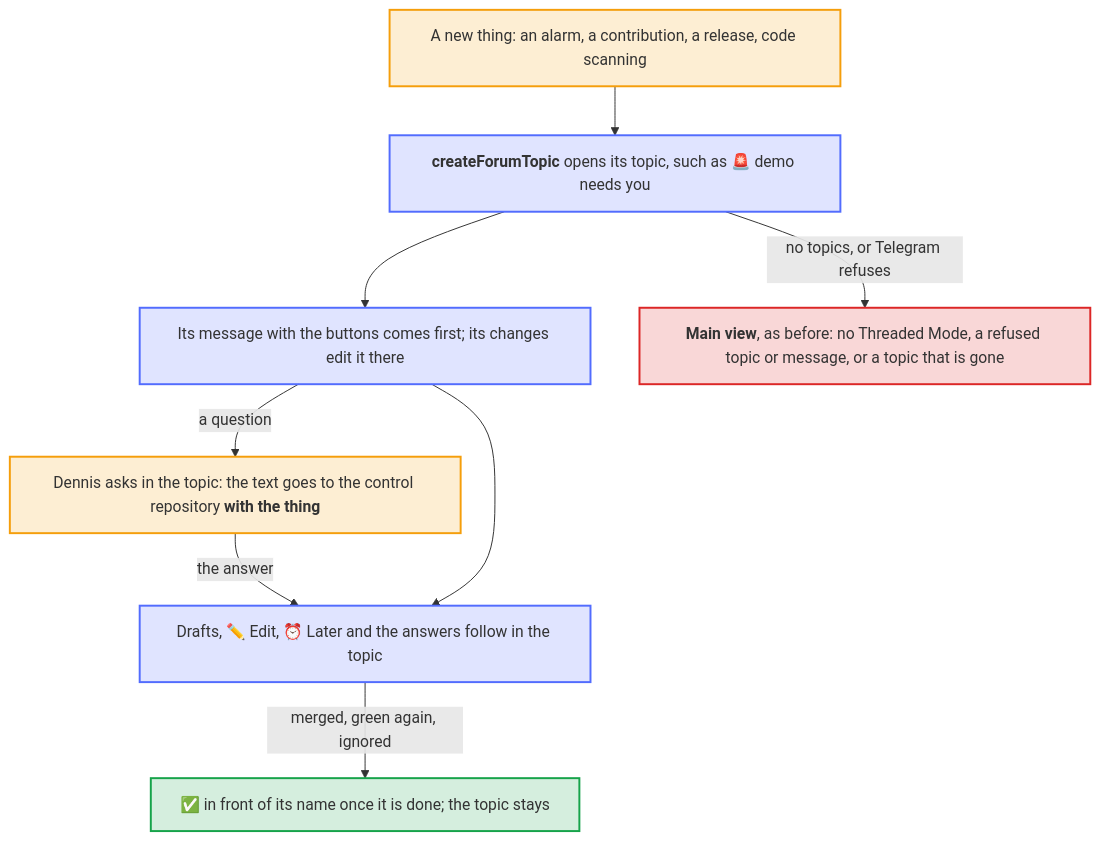
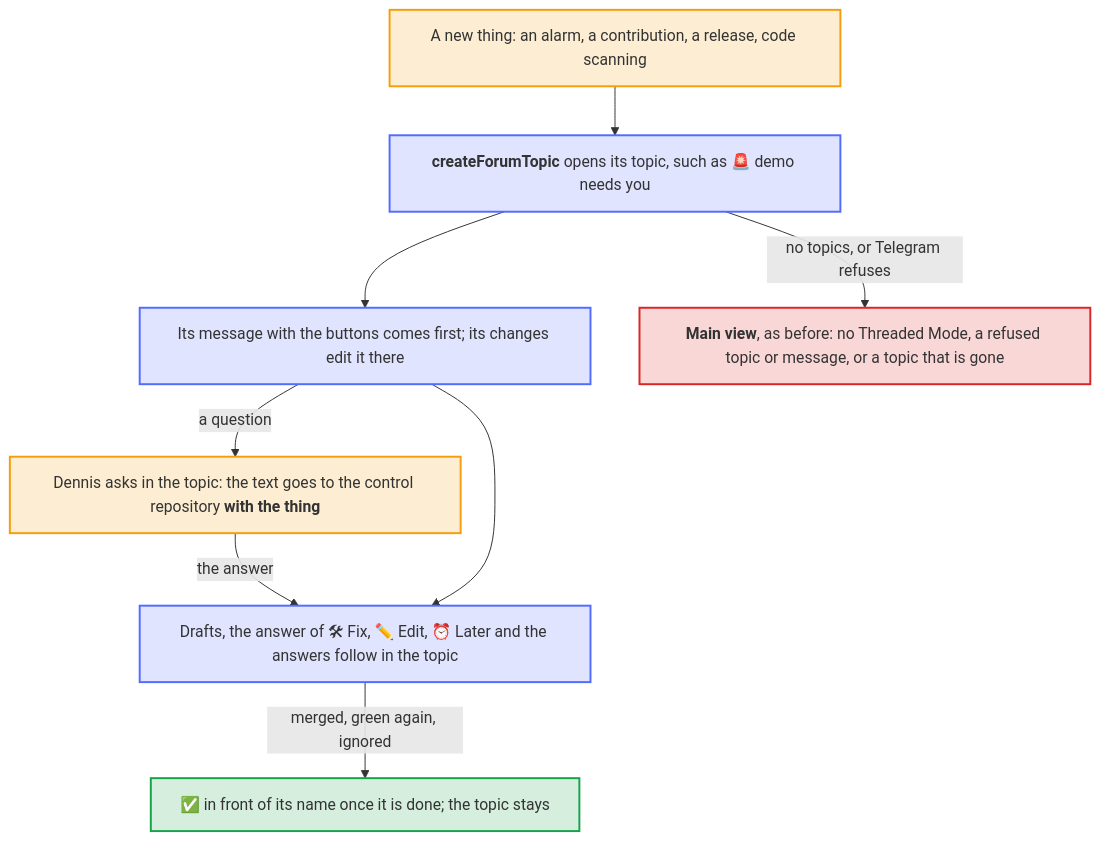
One commit to Dennis-Otto/dennis-otto-pager changed the diagram in docs/diagrams/a-topic-per-thing.mmd. Above: the diagram before and after it, drawn with Mermaid. The commit also changed 17 other files, not shown here.

First line of the commit message:
fix: a fix job reads the log of what failed and answers in the thing's topic (#42)

```diff
--- a/docs/diagrams/a-topic-per-thing.mmd
+++ b/docs/diagrams/a-topic-per-thing.mmd
@@ -1,33 +1,33 @@
 ---
 config:
   flowchart:
     wrappingWidth: 400
 ---
 flowchart TB
     accTitle: A topic per thing
-    accDescr: A new thing, such as an alarm, a contribution or a release, opens a topic of its own in the chat, named after its repository and what it is. Its message with the buttons comes first, and its changes edit it there. Its drafts, the prompt of Edit, what Later brings back and the answers to what Dennis asks in the topic follow in it; his question goes to the control repository together with the thing. Once the thing is done, its topic gets a check mark in front of its name and stays. Without Threaded Mode, or when Telegram refuses the topic or a message in it, the thing goes on in the main view, as before.
+    accDescr: A new thing, such as an alarm, a contribution or a release, opens a topic of its own in the chat, named after its repository and what it is. Its message with the buttons comes first, and its changes edit it there. Its drafts, the answer of Fix, the prompt of Edit, what Later brings back and the answers to what Dennis asks in the topic follow in it; his question goes to the control repository together with the thing. Once the thing is done, its topic gets a check mark in front of its name and stays. Without Threaded Mode, or when Telegram refuses the topic or a message in it, the thing goes on in the main view, as before.
 
     thing["A new thing: an alarm, a contribution, a release, code scanning"]
     open["`**createForumTopic** opens its topic, such as 🚨 demo needs you`"]
     first["`Its message with the buttons comes first; its changes edit it there`"]
     ask["`Dennis asks in the topic: the text goes to the control repository **with the thing**`"]
-    more["`Drafts, ✏️ Edit, ⏰ Later and the answers follow in the topic`"]
+    more["`Drafts, the answer of 🛠 Fix, ✏️ Edit, ⏰ Later and the answers follow in the topic`"]
     done["`**✅** in front of its name once it is done; the topic stays`"]
     main["`**Main view**, as before: no Threaded Mode, a refused topic or message, or a topic that is gone`"]
 
     thing --> open
     open --> first
     first -- "a question" --> ask
     ask -- "the answer" --> more
     first --> more
     more -- "merged, green again, ignored" --> done
     open -- "no topics, or Telegram refuses" --> main
 
     classDef you fill:#f59e0b2e,stroke:#f59e0b,stroke-width:2px
     classDef bot fill:#526cfe2e,stroke:#526cfe,stroke-width:2px
     classDef done fill:#16a34a2e,stroke:#16a34a,stroke-width:2px
     classDef warn fill:#dc26262e,stroke:#dc2626,stroke-width:2px
     class thing,ask you
     class open,first,more bot
     class done done
     class main warn
```
